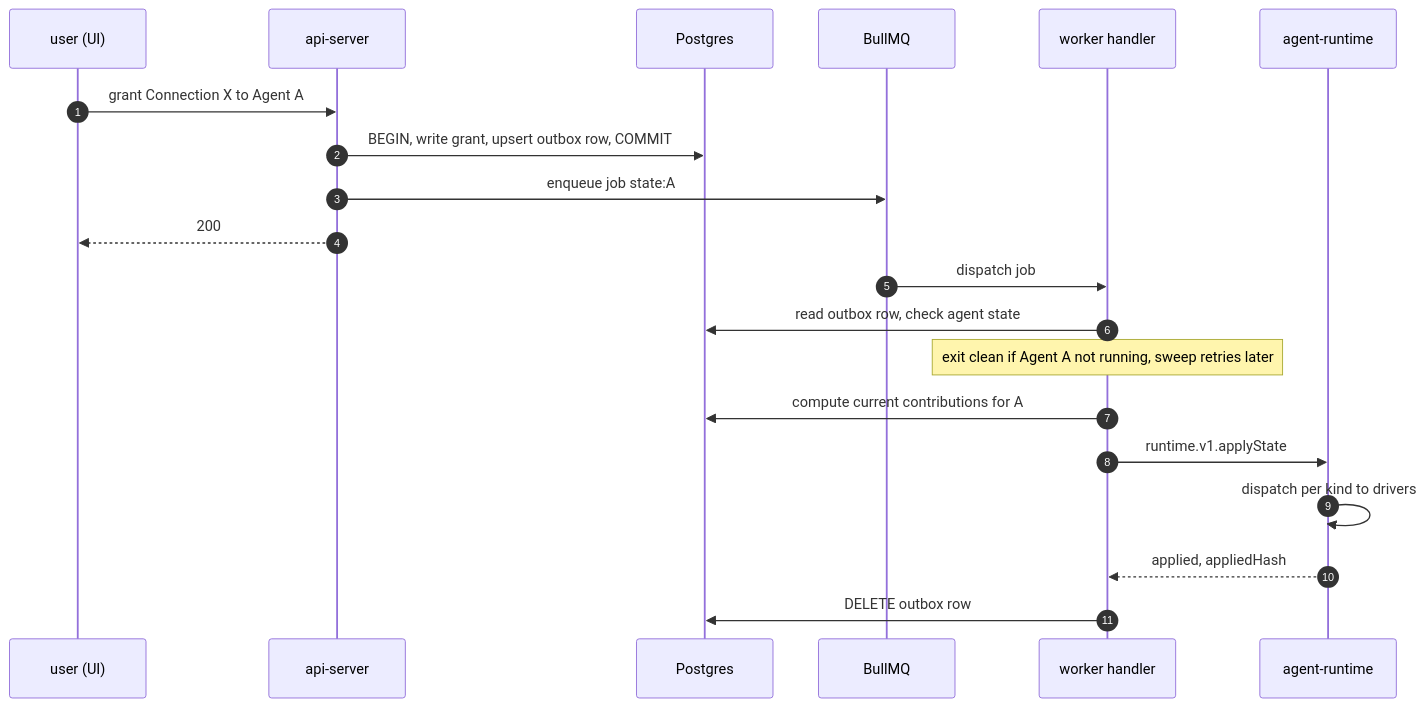
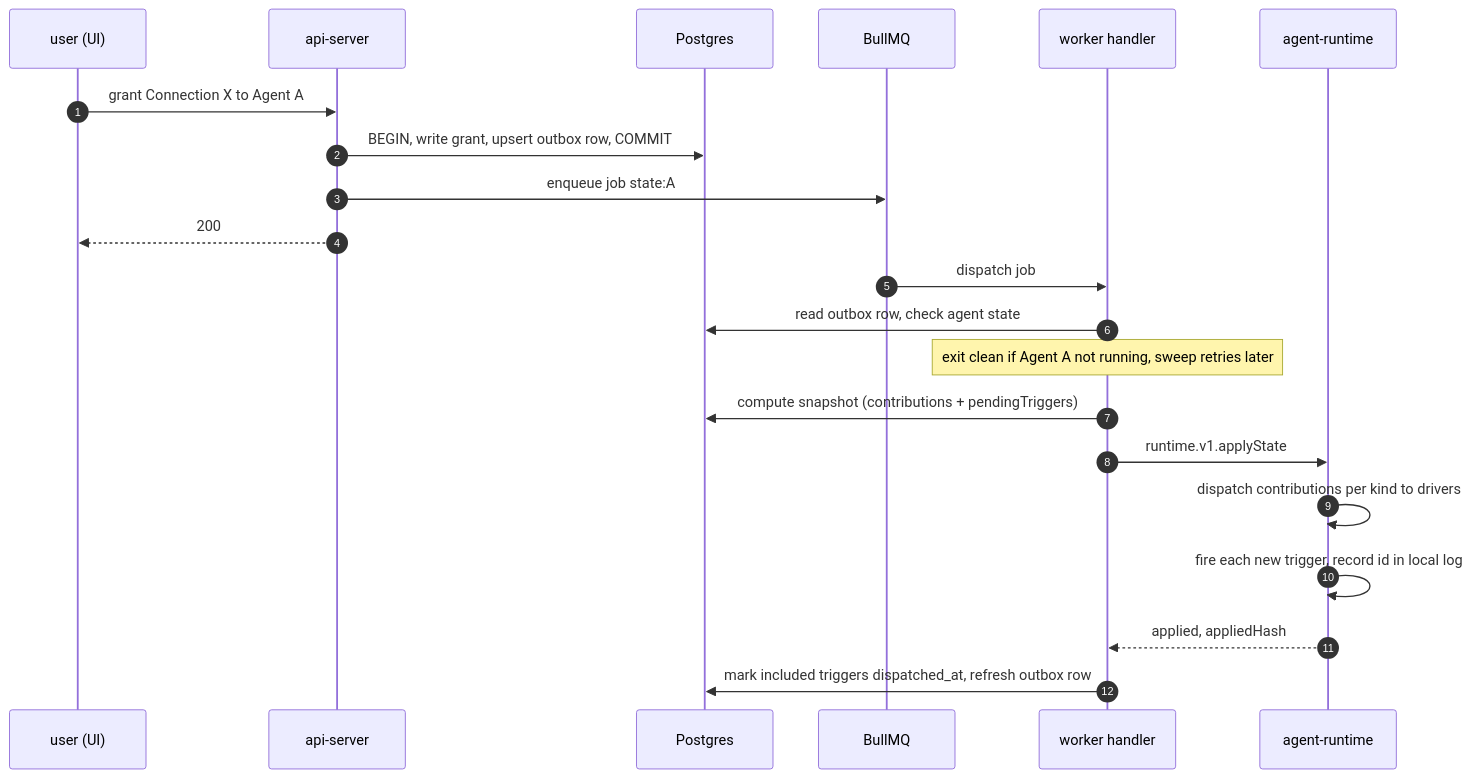
The third of 6 diagrams in docs/architecture/connections.md (dam-agents/dam), drawn with Mermaid before and after one commit. The commit also changed other lines of this file and 4 other files, not shown here.

````diff
--- a/docs/architecture/connections.md
+++ b/docs/architecture/connections.md
@@ -206,24 +223,25 @@
 ```mermaid
 sequenceDiagram
   autonumber
   participant USER as user (UI)
   participant AS as api-server
   participant PG as Postgres
   participant BQ as BullMQ
   participant WK as worker handler
   participant RT as agent-runtime
 
   USER->>AS: grant Connection X to Agent A
   AS->>PG: BEGIN, write grant, upsert outbox row, COMMIT
   AS->>BQ: enqueue job state:A
   AS-->>USER: 200
 
   BQ->>WK: dispatch job
   WK->>PG: read outbox row, check agent state
   Note over WK: exit clean if Agent A not running, sweep retries later
-  WK->>PG: compute current contributions for A
+  WK->>PG: compute snapshot (contributions + pendingTriggers)
   WK->>RT: runtime.v1.applyState
-  RT->>RT: dispatch per kind to drivers
+  RT->>RT: dispatch contributions per kind to drivers
+  RT->>RT: fire each new trigger, record id in local log
   RT-->>WK: applied, appliedHash
-  WK->>PG: DELETE outbox row
+  WK->>PG: mark included triggers dispatched_at, refresh outbox row
 ```
````
